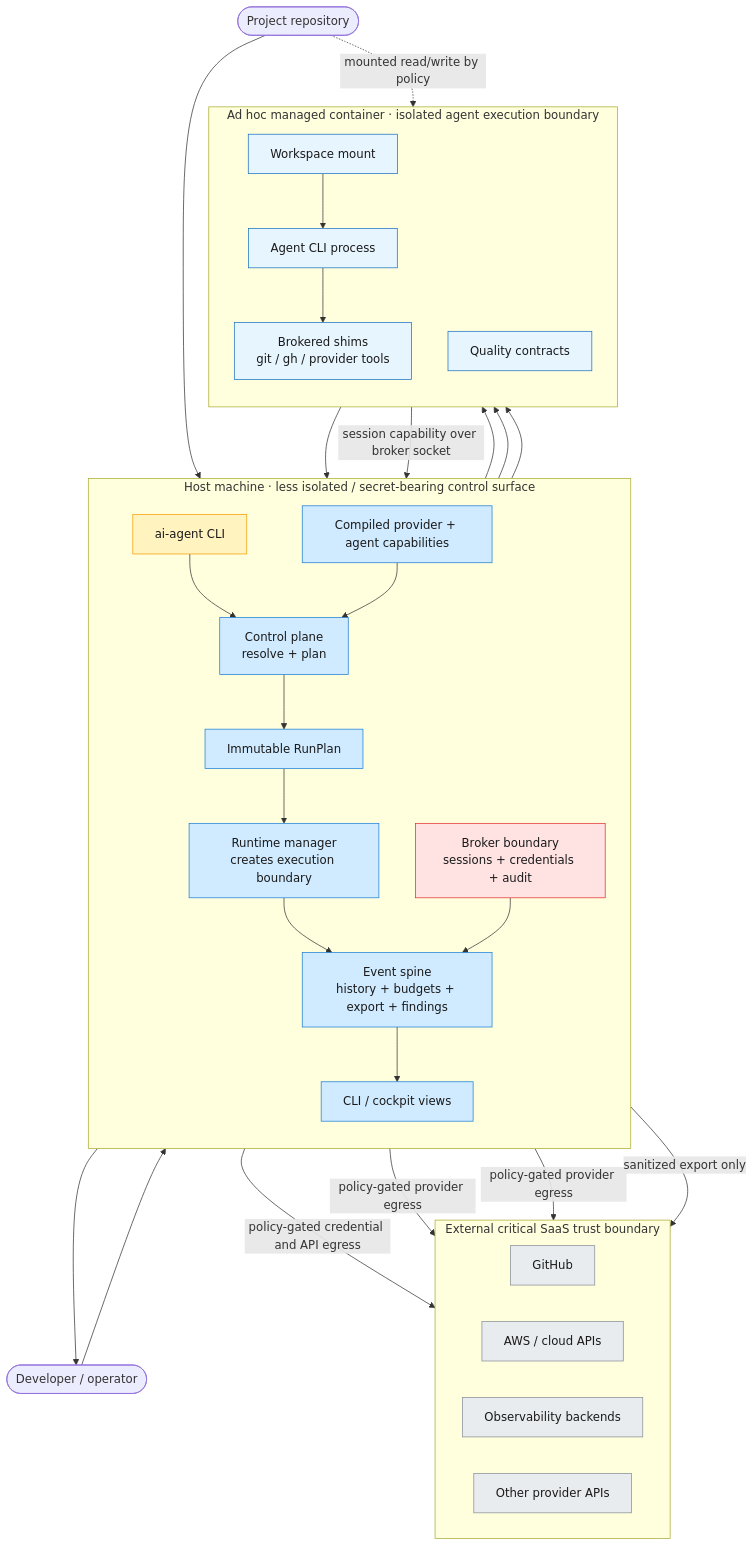
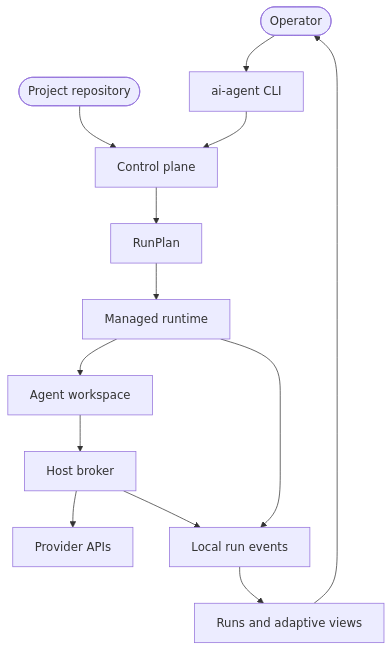
One commit to maryzam/ai-crew-localdev changed the first of 2 diagrams in docs/current-north-star-architecture.md. Above: the diagram before and after it, drawn with Mermaid. The commit also changed other lines of this file and 19 other files, not shown here.

````diff
--- a/docs/current-north-star-architecture.md
+++ b/docs/current-north-star-architecture.md
@@ -163,67 +11,27 @@
 ```mermaid
 flowchart TB
-    Operator([Developer / operator])
+    Operator([Operator])
     Project([Project repository])
-
-    subgraph Host[Host machine · less isolated / secret-bearing control surface]
-        direction TB
-        CLI[ai-agent CLI]
-        Control[Control plane<br/>resolve + plan]
-        Capabilities[Compiled provider + agent capabilities]
-        Plan[Immutable RunPlan]
-        RuntimeManager[Runtime manager<br/>creates execution boundary]
-        Broker[Broker boundary<br/>sessions + credentials + audit]
-        Events[Event spine<br/>history + budgets + export + findings]
-        Views[CLI / cockpit views]
-    end
-
-    subgraph Container[Ad hoc managed container · isolated agent execution boundary]
-        direction TB
-        Workspace[Workspace mount]
-        Agent[Agent CLI process]
-        Shims[Brokered shims<br/>git / gh / provider tools]
-        Quality[Quality contracts]
-    end
-
-    subgraph SaaS[External critical SaaS trust boundary]
-        direction LR
-        GitHub[GitHub]
-        Cloud[AWS / cloud APIs]
-        Observability[Observability backends]
-        OtherSaaS[Other provider APIs]
-    end
+    CLI[ai-agent CLI]
+    Control[Control plane]
+    Plan[RunPlan]
+    Runtime[Managed runtime]
+    Workspace[Agent workspace]
+    Broker[Host broker]
+    Providers[Provider APIs]
+    Events[Local run events]
+    Views[Runs and adaptive views]
 
     Operator --> CLI
     Project --> Control
     CLI --> Control
-    Capabilities --> Control
     Control --> Plan
-    Plan --> RuntimeManager
-    RuntimeManager --> Workspace
-    RuntimeManager --> Agent
-    RuntimeManager --> Quality
-    Workspace --> Agent
-    Agent --> Shims
-    Quality --> Events
-    Shims -->|session capability over broker socket| Broker
-    Broker -->|policy-gated credential and API egress| GitHub
-    Broker -->|policy-gated provider egress| Cloud
-    Broker -->|policy-gated provider egress| OtherSaaS
-    RuntimeManager --> Events
+    Plan --> Runtime
+    Runtime --> Workspace
+    Workspace --> Broker
+    Broker --> Providers
+    Runtime --> Events
     Broker --> Events
-    Events -->|sanitized export only| Observability
     Events --> Views
     Views --> Operator
-    Project -.->|mounted read/write by policy| Workspace
-
-    classDef entry fill:#fff3bf,stroke:#f59f00,color:#1a1a1a
-    classDef core fill:#d0ebff,stroke:#1c7ed6,color:#1a1a1a
-    classDef secure fill:#ffe3e3,stroke:#e03131,color:#1a1a1a
-    classDef runtime fill:#e7f5ff,stroke:#1971c2,color:#1a1a1a
-    classDef ext fill:#e9ecef,stroke:#868e96,color:#1a1a1a
-    class CLI entry
-    class Control,Plan,RuntimeManager,Events,Views,Capabilities core
-    class Workspace,Agent,Shims,Quality runtime
-    class Broker secure
-    class GitHub,Cloud,Observability,OtherSaaS ext
 ```
````
